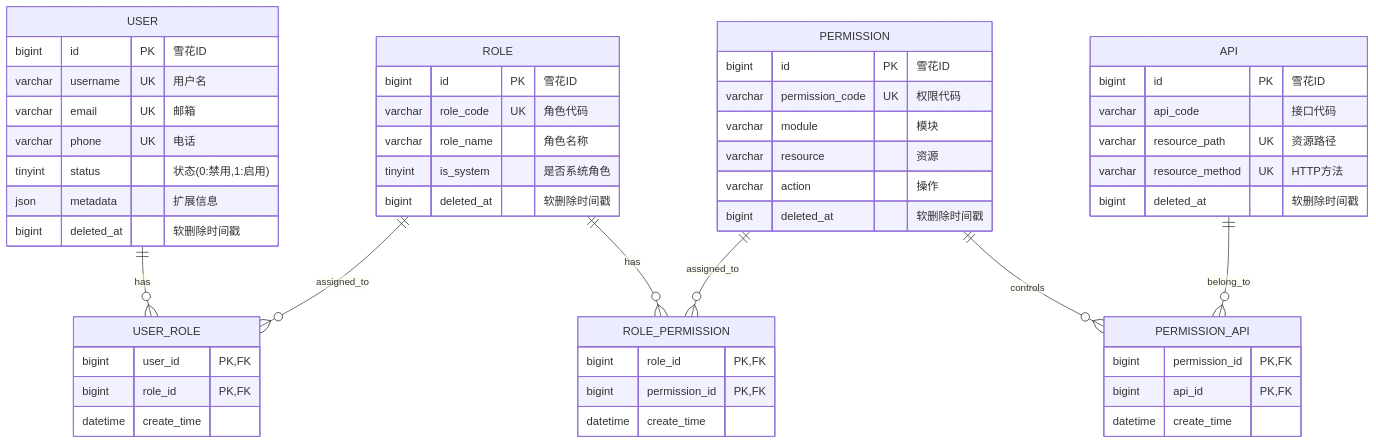
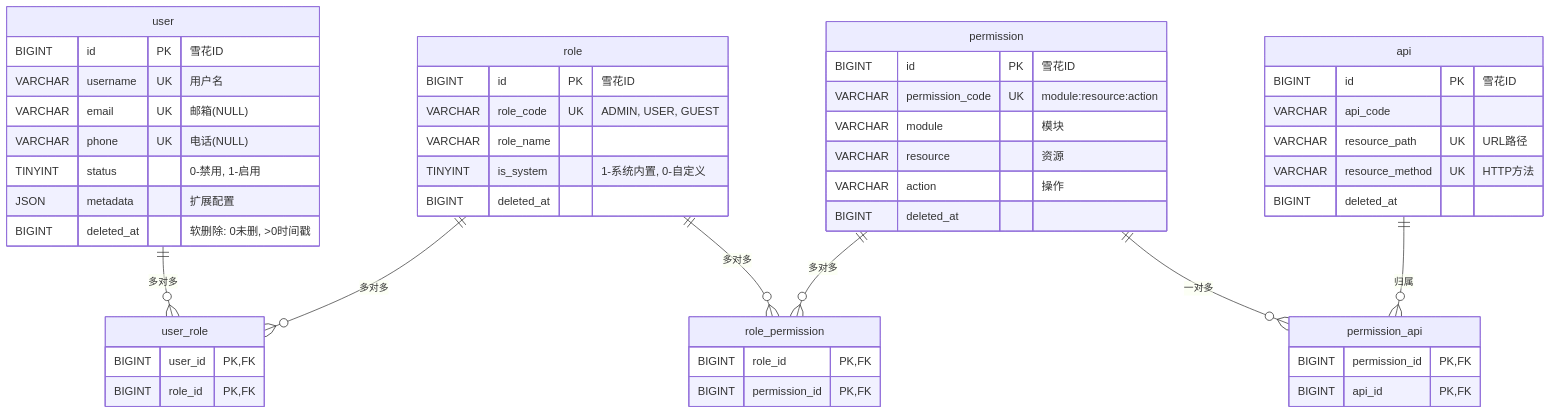
The diagram in db/README.md (Yggdrasil-Labs/valhalla-user), drawn with Mermaid before and after one commit. The commit also changed other lines of this file, not shown here.

````diff
--- a/db/README.md
+++ b/db/README.md
@@ -7,67 +7,64 @@
 ```mermaid
 erDiagram
     %% 核心实体
-    USER {
-        bigint id PK "雪花ID"
-        varchar username UK "用户名"
-        varchar email UK "邮箱"
-        varchar phone UK "电话"
-        tinyint status "状态(0:禁用,1:启用)"
-        json metadata "扩展信息"
-        bigint deleted_at "软删除时间戳"
+    user {
+        BIGINT id PK "雪花ID"
+        VARCHAR username UK "用户名"
+        VARCHAR email UK "邮箱(NULL)"
+        VARCHAR phone UK "电话(NULL)"
+        TINYINT status "0-禁用, 1-启用"
+        JSON metadata "扩展配置"
+        BIGINT deleted_at "软删除: 0未删, >0时间戳"
     }
 
-    ROLE {
-        bigint id PK "雪花ID"
-        varchar role_code UK "角色代码"
-        varchar role_name "角色名称"
-        tinyint is_system "是否系统角色"
-        bigint deleted_at "软删除时间戳"
+    role {
+        BIGINT id PK "雪花ID"
+        VARCHAR role_code UK "ADMIN, USER, GUEST"
+        VARCHAR role_name
+        TINYINT is_system "1-系统内置, 0-自定义"
+        BIGINT deleted_at
     }
 
-    PERMISSION {
-        bigint id PK "雪花ID"
-        varchar permission_code UK "权限代码"
-        varchar module "模块"
-        varchar resource "资源"
-        varchar action "操作"
-        bigint deleted_at "软删除时间戳"
+    permission {
+        BIGINT id PK "雪花ID"
+        VARCHAR permission_code UK "module:resource:action"
+        VARCHAR module "模块"
+        VARCHAR resource "资源"
+        VARCHAR action "操作"
+        BIGINT deleted_at
     }
 
-    API {
-        bigint id PK "雪花ID"
-        varchar api_code "接口代码"
-        varchar resource_path UK "资源路径"
-        varchar resource_method UK "HTTP方法"
-        bigint deleted_at "软删除时间戳"
+    api {
+        BIGINT id PK "雪花ID"
+        VARCHAR api_code
+        VARCHAR resource_path UK "URL路径"
+        VARCHAR resource_method UK "HTTP方法"
+        BIGINT deleted_at
     }
 
-    %% 关联表
-    USER_ROLE {
-        bigint user_id PK,FK
-        bigint role_id PK,FK
-        datetime create_time
+    %% 关联表 (联合主键)
+    user_role {
+        BIGINT user_id PK,FK
+        BIGINT role_id PK,FK
     }
 
-    ROLE_PERMISSION {
-        bigint role_id PK,FK
-        bigint permission_id PK,FK
-        datetime create_time
+    role_permission {
+        BIGINT role_id PK,FK
+        BIGINT permission_id PK,FK
     }
 
-    PERMISSION_API {
-        bigint permission_id PK,FK
-        bigint api_id PK,FK
-        datetime create_time
+    permission_api {
+        BIGINT permission_id PK,FK
+        BIGINT api_id PK,FK
     }
 
     %% 关系定义
-    USER ||--o{ USER_ROLE : "has"
-    ROLE ||--o{ USER_ROLE : "assigned_to"
+    user ||--o{ user_role : "多对多"
+    role ||--o{ user_role : "多对多"
     
-    ROLE ||--o{ ROLE_PERMISSION : "has"
-    PERMISSION ||--o{ ROLE_PERMISSION : "assigned_to"
+    role ||--o{ role_permission : "多对多"
+    permission ||--o{ role_permission : "多对多"
 
-    PERMISSION ||--o{ PERMISSION_API : "controls"
-    API ||--o{ PERMISSION_API : "belong_to"
+    permission ||--o{ permission_api : "一对多"
+    api ||--o{ permission_api : "归属"
 ```
````
